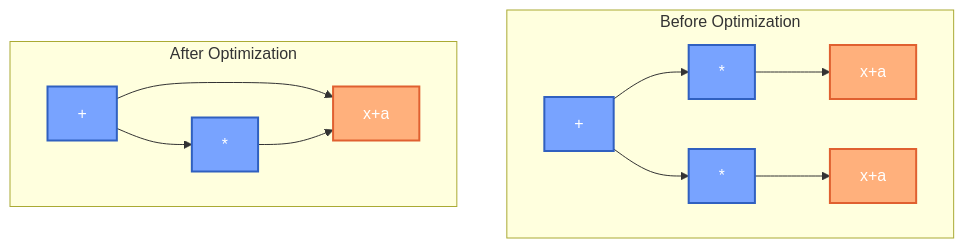
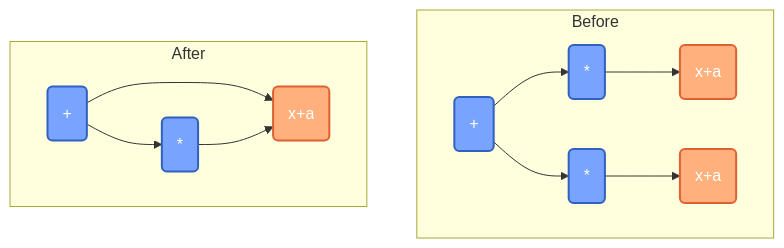
Before and after one commit to rdguerrerom/AutoDiff: the fourth of 5 diagrams in README.md, drawn with Mermaid. The commit also changed other lines of this file, not shown here.

````diff
--- a/README.md
+++ b/README.md
@@ -176,21 +176,21 @@
 ```mermaid
-graph TD
-    subgraph "Before Optimization"
-        A1["+"] --> B1["*"]
-        A1 --> B2["*"]
-        B1 --> C1["x+a"]
-        B2 --> C2["x+a"]
+flowchart TD
+    subgraph "Before"
+        A1("+") --> B1("*")
+        A1 --> B2("*")
+        B1 --> C1("x+a")
+        B2 --> C2("x+a")
     end
     
-    subgraph "After Optimization"
-        A2["+"] --> B3["*"]
-        A2 --> C3["x+a"]
+    subgraph "After"
+        A2("+") --> B3("*")
+        A2 --> C3("x+a")
         B3 --> C3
     end
     
     classDef operation fill:#78a3ff,stroke:#3060c0,stroke-width:2px,color:#fff
     classDef expression fill:#ffb07c,stroke:#e06030,stroke-width:2px,color:#fff
     
     class A1,A2,B1,B2,B3 operation
     class C1,C2,C3 expression
 ```
````
